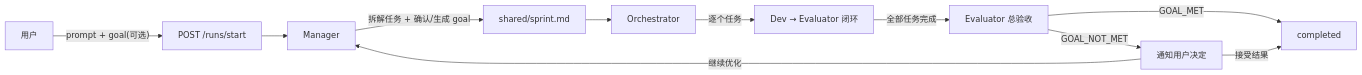
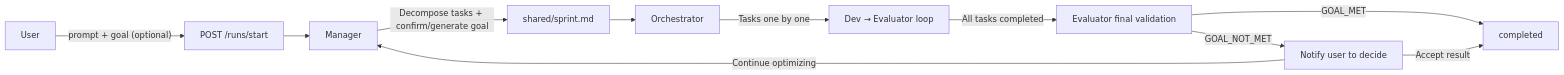
One commit to lchaoer/Polygents changed the diagram in docs/plans/2026-04-01-goal-mechanism.md. Above: the diagram before and after it, drawn with Mermaid. The commit also changed other lines of this file and 4 other files, not shown here.

````diff
--- a/docs/plans/2026-04-01-goal-mechanism.md
+++ b/docs/plans/2026-04-01-goal-mechanism.md
@@ -18,13 +18,13 @@
 ```mermaid
 graph LR
-    U[用户] -->|"prompt + goal(可选)"| API[POST /runs/start]
+    U[User] -->|"prompt + goal (optional)"| API[POST /runs/start]
     API --> M[Manager]
-    M -->|"拆解任务 + 确认/生成 goal"| S[shared/sprint.md]
+    M -->|"Decompose tasks + confirm/generate goal"| S[shared/sprint.md]
     S --> O[Orchestrator]
-    O -->|逐个任务| DEL[Dev → Evaluator 闭环]
-    DEL -->|全部任务完成| FV[Evaluator 总验收]
+    O -->|Tasks one by one| DEL[Dev → Evaluator loop]
+    DEL -->|All tasks completed| FV[Evaluator final validation]
     FV -->|GOAL_MET| Done[completed]
-    FV -->|GOAL_NOT_MET| Notify[通知用户决定]
-    Notify -->|接受结果| Done
-    Notify -->|继续优化| M
+    FV -->|GOAL_NOT_MET| Notify[Notify user to decide]
+    Notify -->|Accept result| Done
+    Notify -->|Continue optimizing| M
 ```
````
